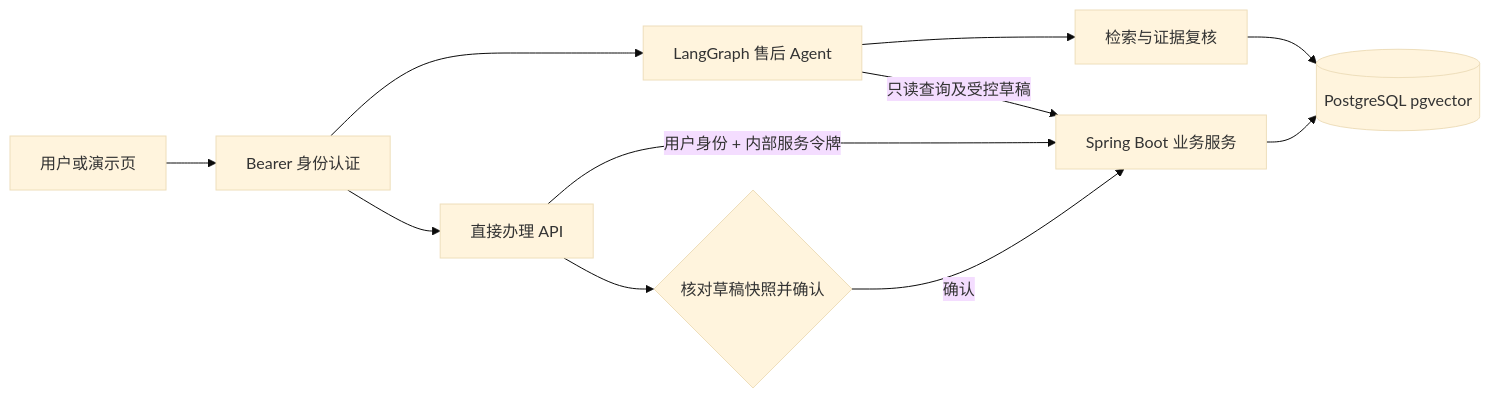
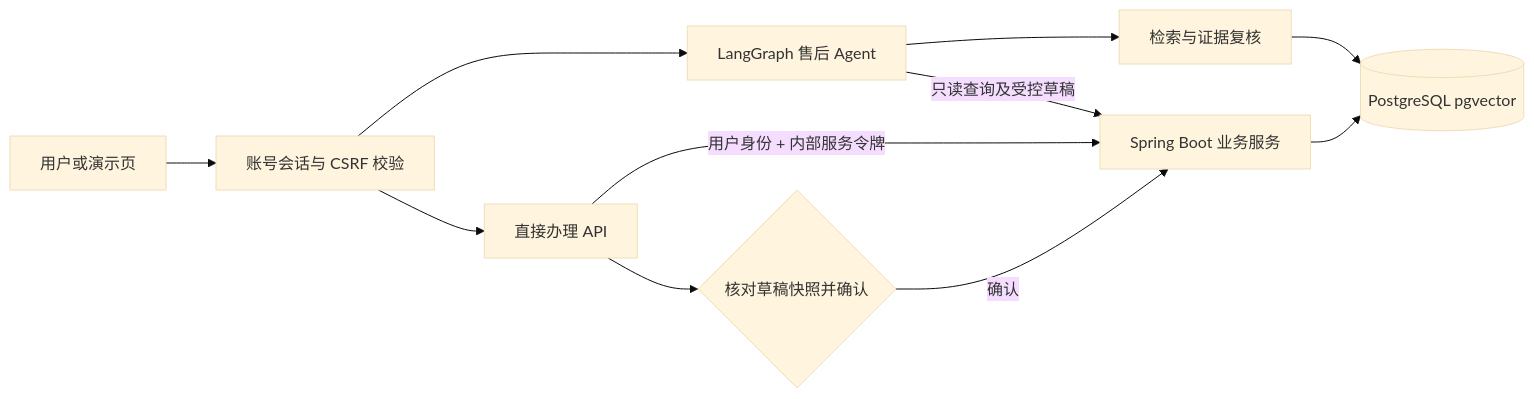
Before and after one commit to xypw/opspilot-agent-platform: the diagram in README.md, drawn with Mermaid (base theme). The commit also changed other lines of this file and 97 other files, not shown here.

````diff
--- a/README.md
+++ b/README.md
@@ -22,13 +22,13 @@
 ```mermaid
 flowchart LR
-    U[用户或演示页] --> AUTH[Bearer 身份认证]
+    U[用户或演示页] --> AUTH[账号会话与 CSRF 校验]
     AUTH --> AGENT[LangGraph 售后 Agent]
     AUTH --> API[直接办理 API]
     AGENT --> RAG[检索与证据复核]
     RAG --> PG[(PostgreSQL pgvector)]
     AGENT -->|只读查询及受控草稿| JAVA[Spring Boot 业务服务]
     API -->|用户身份 + 内部服务令牌| JAVA[Spring Boot 业务服务]
     JAVA --> PG
     API --> HITL{核对草稿快照并确认}
     HITL -- 确认 --> JAVA
 ```
````
